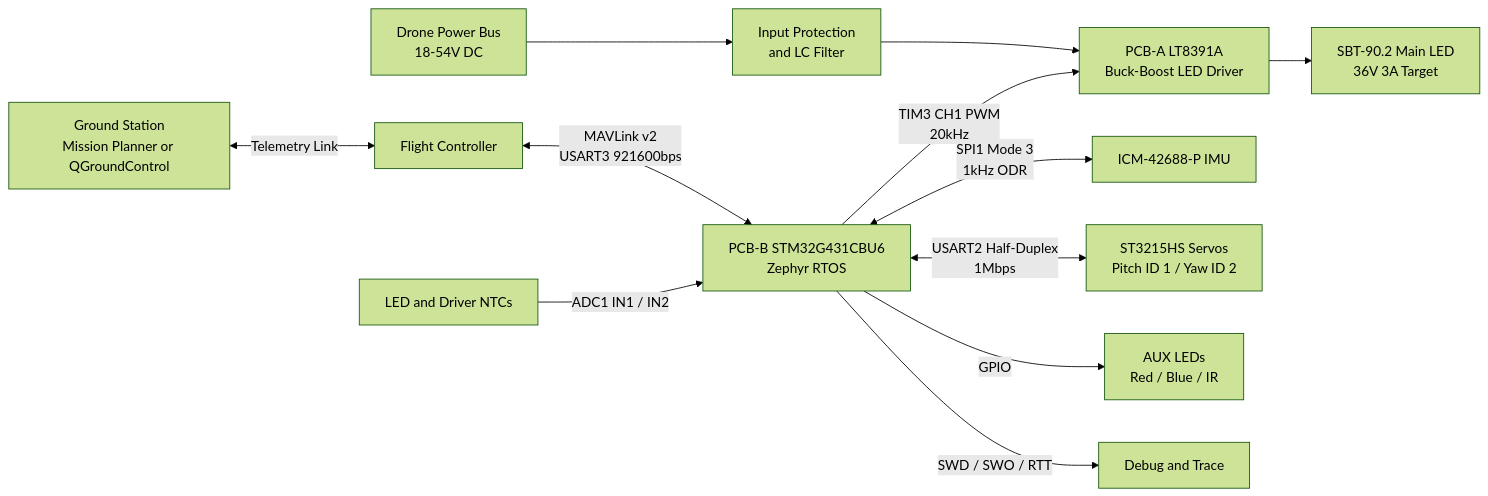
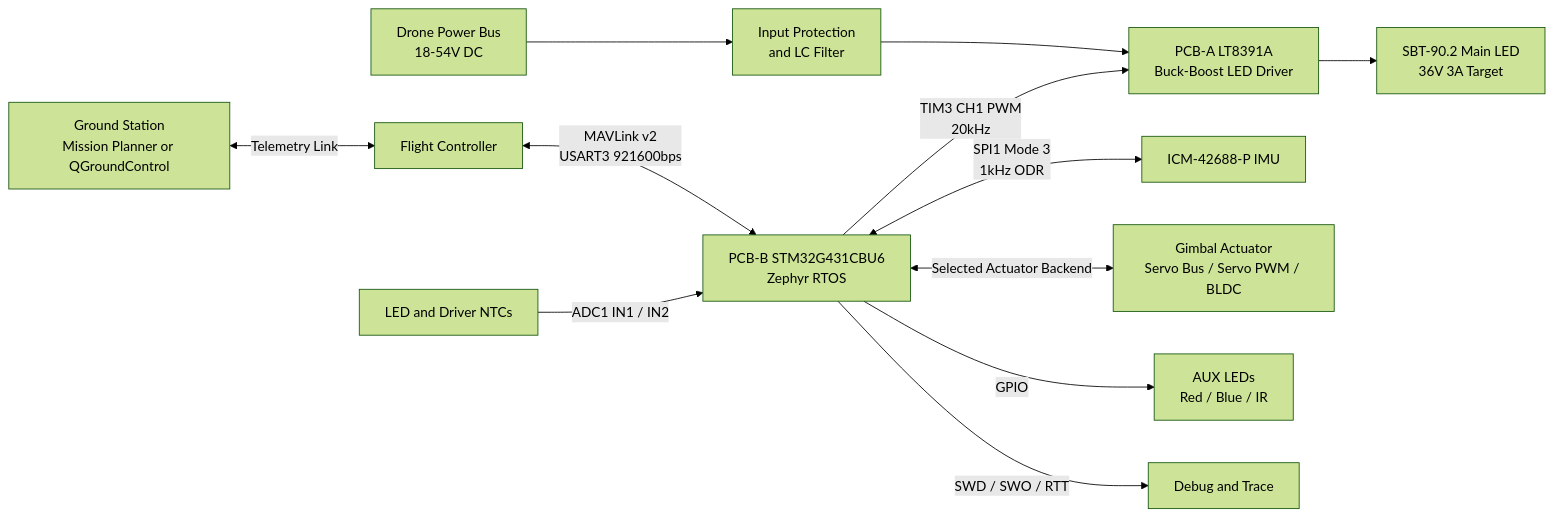
Before and after one commit to thule2510ddt/sgl200-workspace: the diagram in architecture/system-overview.md, drawn with Mermaid (forest theme). The commit also changed 21 other files, not shown here.

Commit message:
Add gimbal actuator product variants

````diff
--- a/architecture/system-overview.md
+++ b/architecture/system-overview.md
@@ -5,16 +5,16 @@
 ```mermaid
 flowchart LR
     BUS[Drone Power Bus<br/>18-54V DC] --> PROTECT[Input Protection<br/>and LC Filter]
     PROTECT --> DRIVER[PCB-A LT8391A<br/>Buck-Boost LED Driver]
     DRIVER --> MAIN_LED[SBT-90.2 Main LED<br/>36V 3A Target]
 
     FC[Flight Controller] <-->|MAVLink v2<br/>USART3 921600bps| MCU[PCB-B STM32G431CBU6<br/>Zephyr RTOS]
     GCS[Ground Station<br/>Mission Planner or QGroundControl] <-->|Telemetry Link| FC
 
     MCU <-->|SPI1 Mode 3<br/>1kHz ODR| IMU[ICM-42688-P IMU]
-    MCU <-->|USART2 Half-Duplex<br/>1Mbps| SERVOS[ST3215HS Servos<br/>Pitch ID 1 / Yaw ID 2]
+    MCU <-->|Selected Actuator Backend| ACTUATOR[Gimbal Actuator<br/>Servo Bus / Servo PWM / BLDC]
     MCU -->|TIM3 CH1 PWM<br/>20kHz| DRIVER
     THERMAL[LED and Driver NTCs] -->|ADC1 IN1 / IN2| MCU
     MCU -->|GPIO| AUX[AUX LEDs<br/>Red / Blue / IR]
     MCU -->|SWD / SWO / RTT| DEBUG[Debug and Trace]
 ```
````
